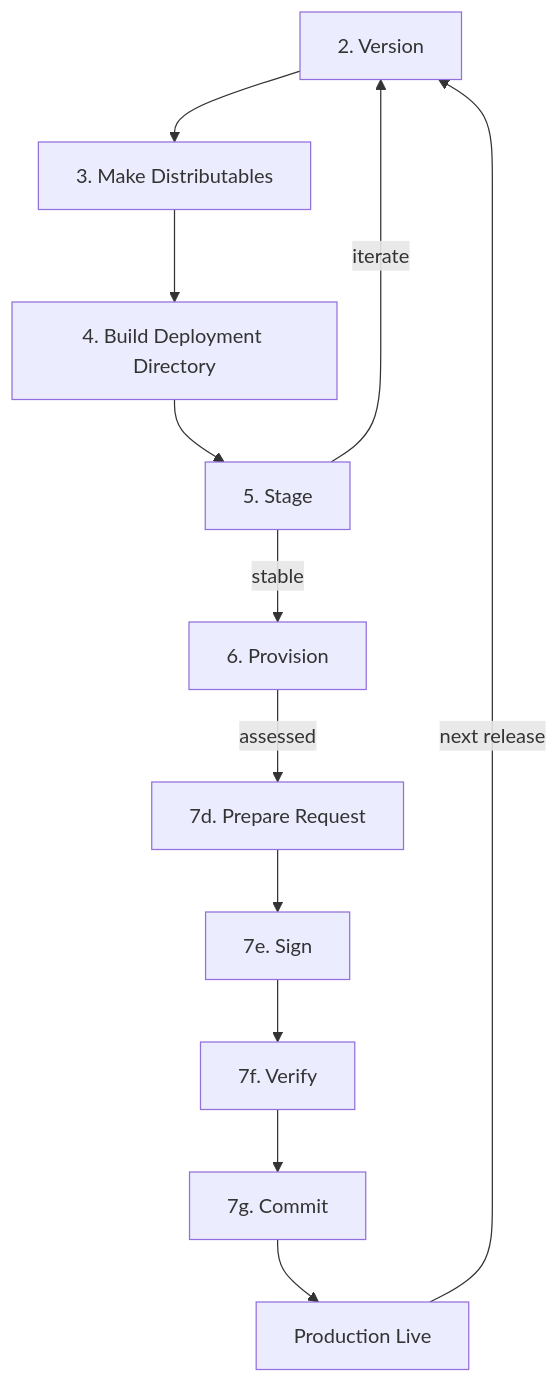
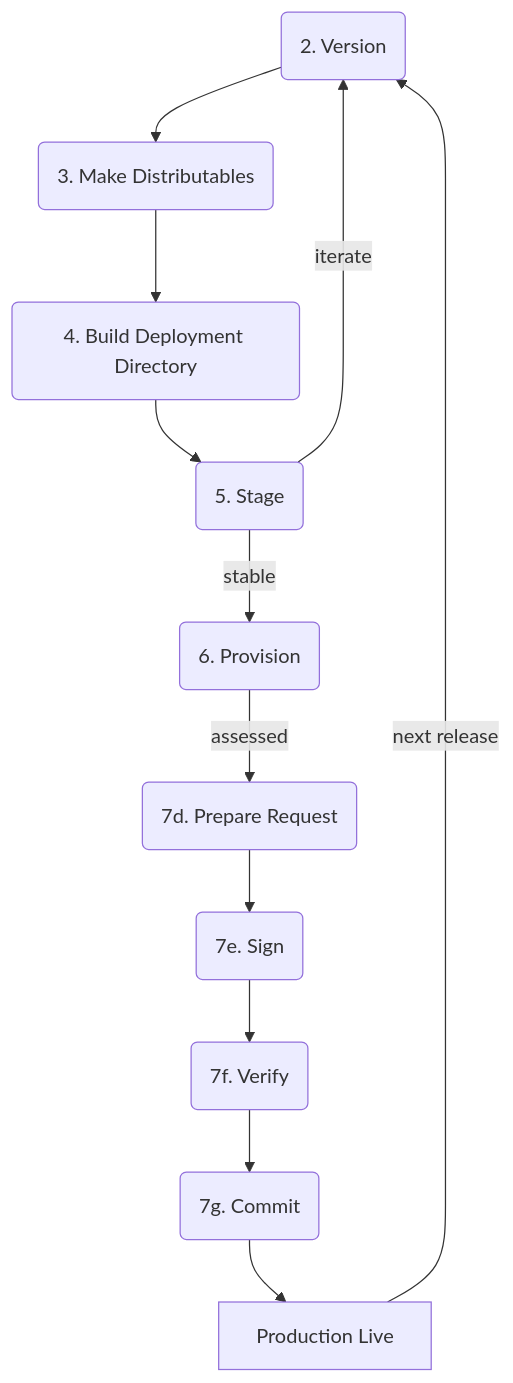
One commit to AndreiRegiani/hello-pear-electron changed the third of 9 diagrams in README.md. Above: the diagram before and after it, drawn with Mermaid. The commit also changed other lines of this file, not shown here.

Commit message:
iterate diagrams (#36)

````diff
--- a/README.md
+++ b/README.md
@@ -281,14 +281,14 @@
 ```mermaid
 graph TD
-    V[2. Version] --> Make[3. Make Distributables]
-    Make --> Build[4. Build Deployment Directory]
-    Build --> Stage[5. Stage]
+    V(2. Version) --> Make(3. Make Distributables)
+    Make --> Build(4. Build Deployment Directory)
+    Build --> Stage(5. Stage)
     Stage -->|iterate| V
-    Stage -->|stable| Prov[6. Provision]
-    Prov -->|assessed| Req[7d. Prepare Request]
-    Req --> Sign[7e. Sign]
-    Sign --> Verify[7f. Verify]
-    Verify --> Commit[7g. Commit]
+    Stage -->|stable| Prov(6. Provision)
+    Prov -->|assessed| Req(7d. Prepare Request)
+    Req --> Sign(7e. Sign)
+    Sign --> Verify(7f. Verify)
+    Verify --> Commit(7g. Commit)
     Commit --> Live[Production Live]
     Live -->|next release| V
 ```
````
